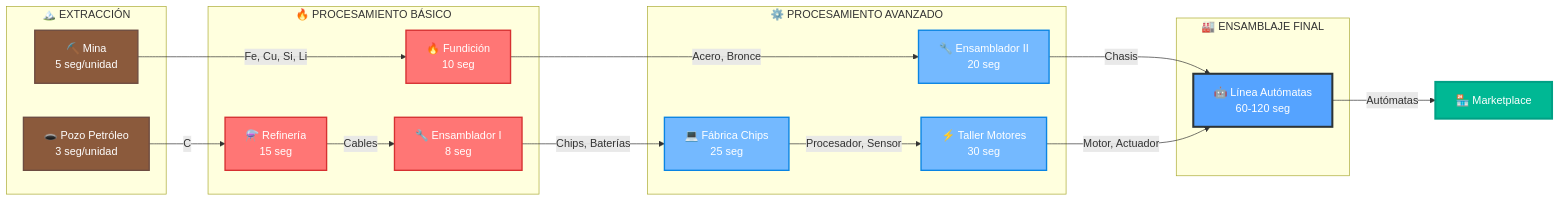
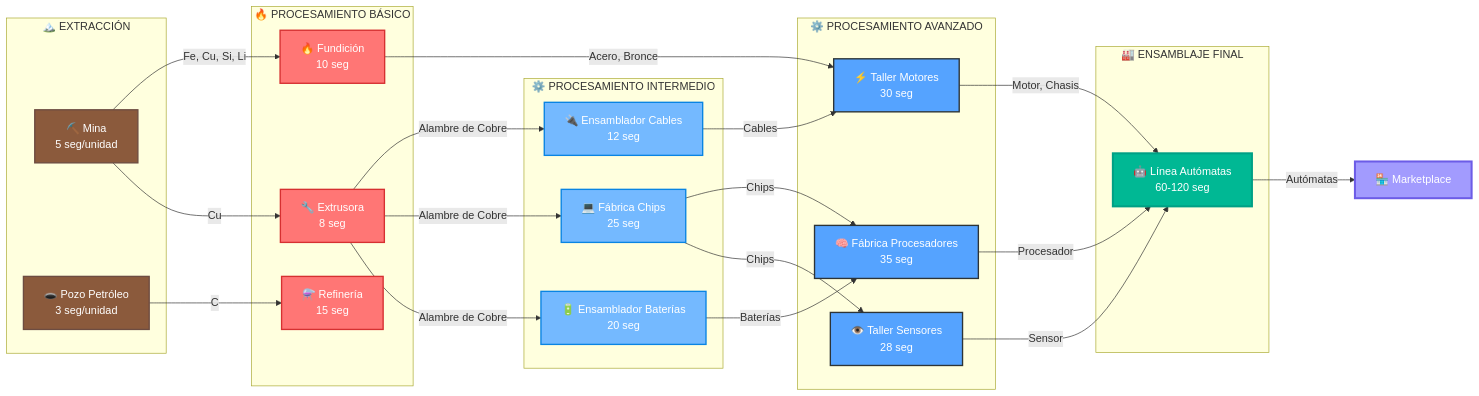
The second of 3 diagrams in docs/assets/materials-tree.md (dchaves80/Automata1.0), drawn with Mermaid before and after one commit. The commit also changed other lines of this file, not shown here.

Commit message:
🔧 Separate Copper Wire and Cables into distinct products: Updated materials transformation tree, production flow, economic values, and machine specifications - Enhanced production chain complexity and realism

````diff
--- a/docs/assets/materials-tree.md
+++ b/docs/assets/materials-tree.md
@@ -110,54 +112,70 @@
 ```mermaid
 flowchart LR
     %% Extracción
     subgraph Extraccion["🏔️ EXTRACCIÓN"]
         Mina[⛏️ Mina<br/>5 seg/unidad]
         Pozo[🕳️ Pozo Petróleo<br/>3 seg/unidad]
     end
     
     %% Procesamiento Básico
     subgraph ProcBasico["🔥 PROCESAMIENTO BÁSICO"]
         Fundicion[🔥 Fundición<br/>10 seg]
         Refineria[⚗️ Refinería<br/>15 seg]
-        Ensamblador1[🔧 Ensamblador I<br/>8 seg]
+        Extrusora[🔧 Extrusora<br/>8 seg]
+    end
+    
+    %% Procesamiento Intermedio
+    subgraph ProcIntermedio["⚙️ PROCESAMIENTO INTERMEDIO"]
+        EnsambladorCables[🔌 Ensamblador Cables<br/>12 seg]
+        FabricaChips[💻 Fábrica Chips<br/>25 seg]
+        EnsambladorBaterias[🔋 Ensamblador Baterías<br/>20 seg]
     end
     
     %% Procesamiento Avanzado
     subgraph ProcAvanzado["⚙️ PROCESAMIENTO AVANZADO"]
-        Ensamblador2[🔧 Ensamblador II<br/>20 seg]
-        FabricaChips[💻 Fábrica Chips<br/>25 seg]
         TallerMotores[⚡ Taller Motores<br/>30 seg]
+        FabricaProcesadores[🧠 Fábrica Procesadores<br/>35 seg]
+        TallerSensores[👁️ Taller Sensores<br/>28 seg]
     end
     
     %% Ensamblaje Final
     subgraph EnsamblajeFinal["🏭 ENSAMBLAJE FINAL"]
         LineaAutomatas[🤖 Línea Autómatas<br/>60-120 seg]
     end
     
     %% Flujo de materiales
     Mina --> |Fe, Cu, Si, Li| Fundicion
     Pozo --> |C| Refineria
     
-    Fundicion --> |Acero, Bronce| Ensamblador2
-    Refineria --> |Cables| Ensamblador1
-    Ensamblador1 --> |Chips, Baterías| FabricaChips
+    Fundicion --> |Acero, Bronce| TallerMotores
+    Mina --> |Cu| Extrusora
+    Extrusora --> |Alambre de Cobre| EnsambladorCables
+    Extrusora --> |Alambre de Cobre| FabricaChips
+    Extrusora --> |Alambre de Cobre| EnsambladorBaterias
     
-    Ensamblador2 --> |Chasis| LineaAutomatas
-    FabricaChips --> |Procesador, Sensor| TallerMotores
-    TallerMotores --> |Motor, Actuador| LineaAutomatas
+    EnsambladorCables --> |Cables| TallerMotores
+    FabricaChips --> |Chips| FabricaProcesadores
+    FabricaChips --> |Chips| TallerSensores
+    EnsambladorBaterias --> |Baterías| FabricaProcesadores
+    
+    TallerMotores --> |Motor, Chasis| LineaAutomatas
+    FabricaProcesadores --> |Procesador| LineaAutomatas
+    TallerSensores --> |Sensor| LineaAutomatas
     
     LineaAutomatas --> |Autómatas| Marketplace[🏪 Marketplace]
     
     %% Estilos
     classDef extraccion fill:#8b5a3c,stroke:#6d4c41,stroke-width:2px,color:#fff
     classDef basico fill:#ff7675,stroke:#d63031,stroke-width:2px,color:#fff
-    classDef avanzado fill:#74b9ff,stroke:#0984e3,stroke-width:2px,color:#fff
-    classDef final fill:#55a3ff,stroke:#2d3436,stroke-width:3px,color:#fff
-    classDef market fill:#00b894,stroke:#00a085,stroke-width:3px,color:#fff
+    classDef intermedio fill:#74b9ff,stroke:#0984e3,stroke-width:2px,color:#fff
+    classDef avanzado fill:#55a3ff,stroke:#2d3436,stroke-width:2px,color:#fff
+    classDef final fill:#00b894,stroke:#00a085,stroke-width:3px,color:#fff
+    classDef market fill:#a29bfe,stroke:#6c5ce7,stroke-width:3px,color:#fff
     
     class Mina,Pozo extraccion
-    class Fundicion,Refineria,Ensamblador1 basico
-    class Ensamblador2,FabricaChips,TallerMotores avanzado
+    class Fundicion,Refineria,Extrusora basico
+    class EnsambladorCables,FabricaChips,EnsambladorBaterias intermedio
+    class TallerMotores,FabricaProcesadores,TallerSensores avanzado
     class LineaAutomatas final
     class Marketplace market
 ```
````
